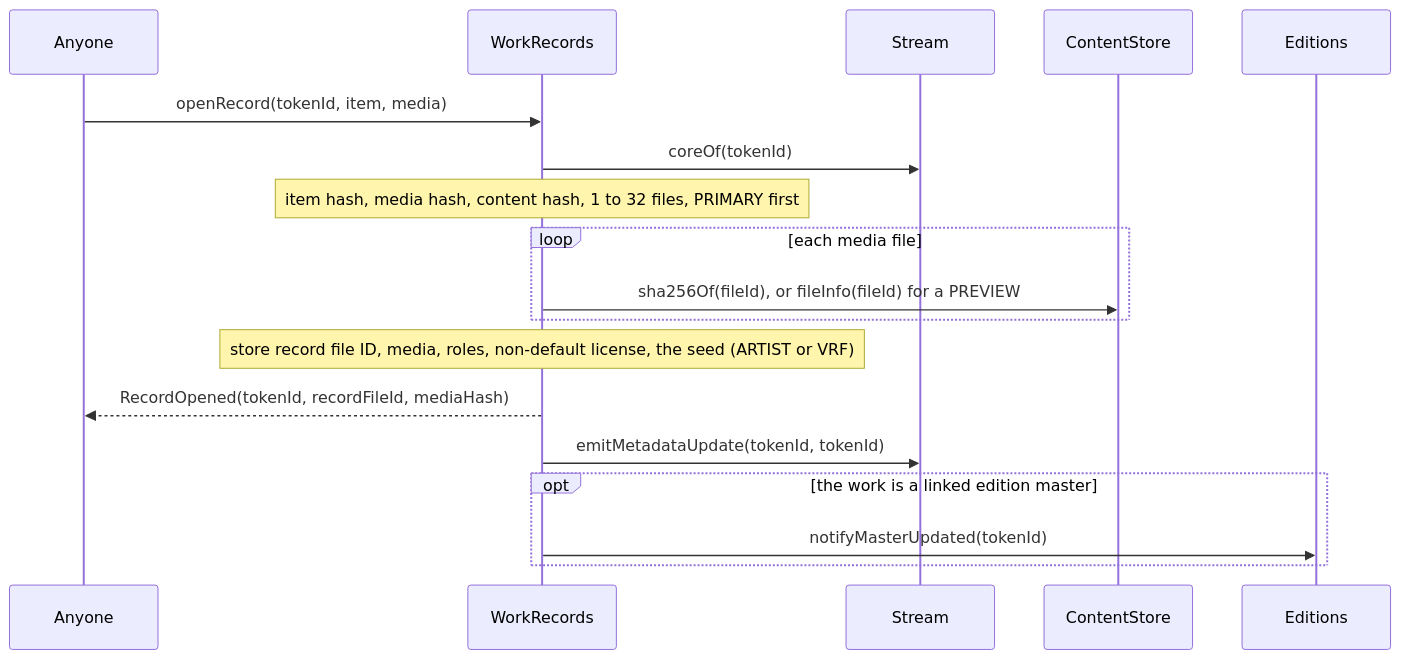
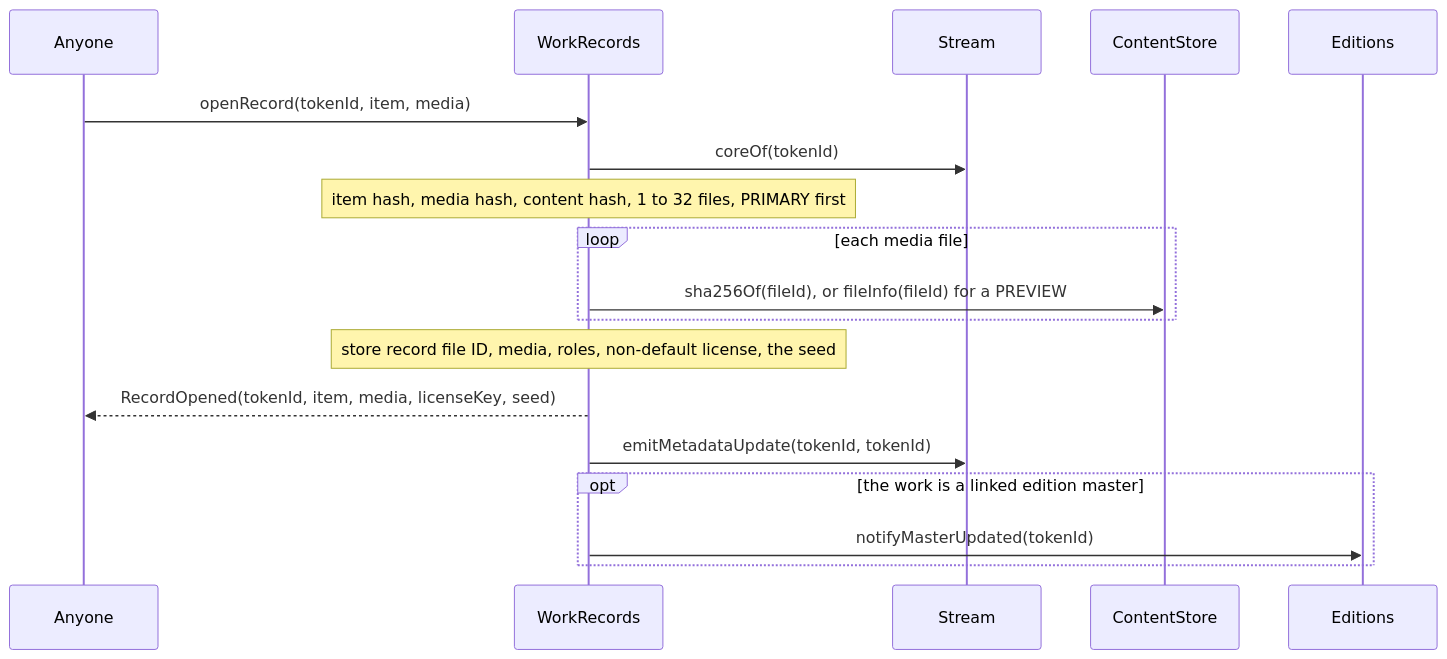
Before and after one commit to 6529-Collections/6529-works: the fifth of 10 diagrams in docs/spec/works-and-storage.md, drawn with Mermaid. The commit also changed other lines of this file and 369 other files, not shown here.

````diff
--- a/docs/spec/works-and-storage.md
+++ b/docs/spec/works-and-storage.md
@@ -241,20 +282,20 @@
 ```mermaid
 sequenceDiagram
     participant A as Anyone
     participant WR as WorkRecords
     participant S as Stream
     participant CS as ContentStore
     participant E as Editions
     A->>WR: openRecord(tokenId, item, media)
     WR->>S: coreOf(tokenId)
     Note over WR: item hash, media hash, content hash, 1 to 32 files, PRIMARY first
     loop each media file
         WR->>CS: sha256Of(fileId), or fileInfo(fileId) for a PREVIEW
     end
-    Note over WR: store record file ID, media, roles, non-default license, the seed (ARTIST or VRF)
-    WR-->>A: RecordOpened(tokenId, recordFileId, mediaHash)
+    Note over WR: store record file ID, media, roles, non-default license, the seed
+    WR-->>A: RecordOpened(tokenId, item, media, licenseKey, seed)
     WR->>S: emitMetadataUpdate(tokenId, tokenId)
     opt the work is a linked edition master
         WR->>E: notifyMasterUpdated(tokenId)
     end
 ```
````
